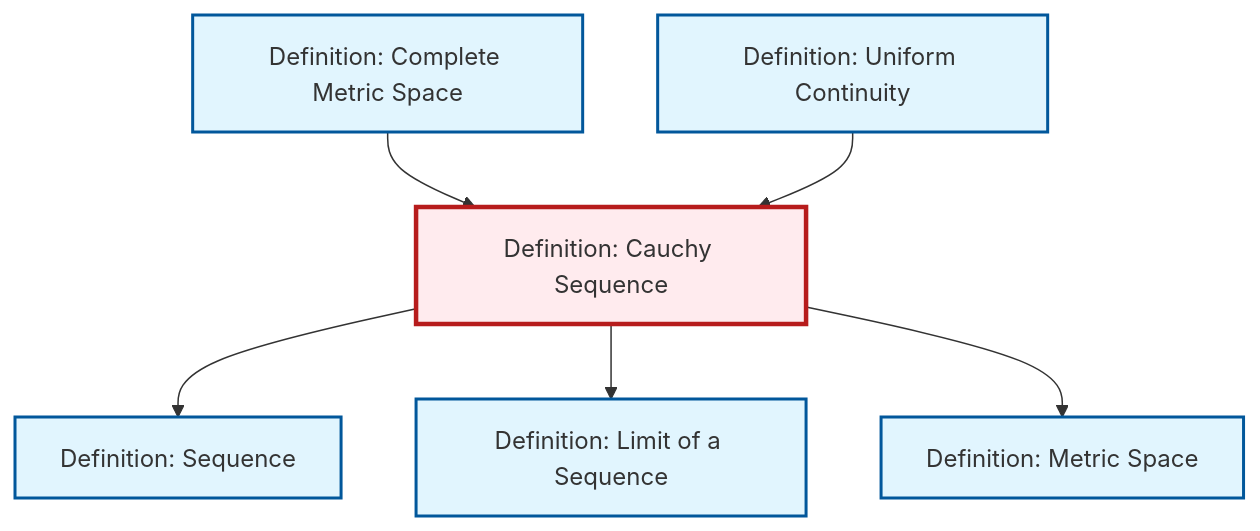
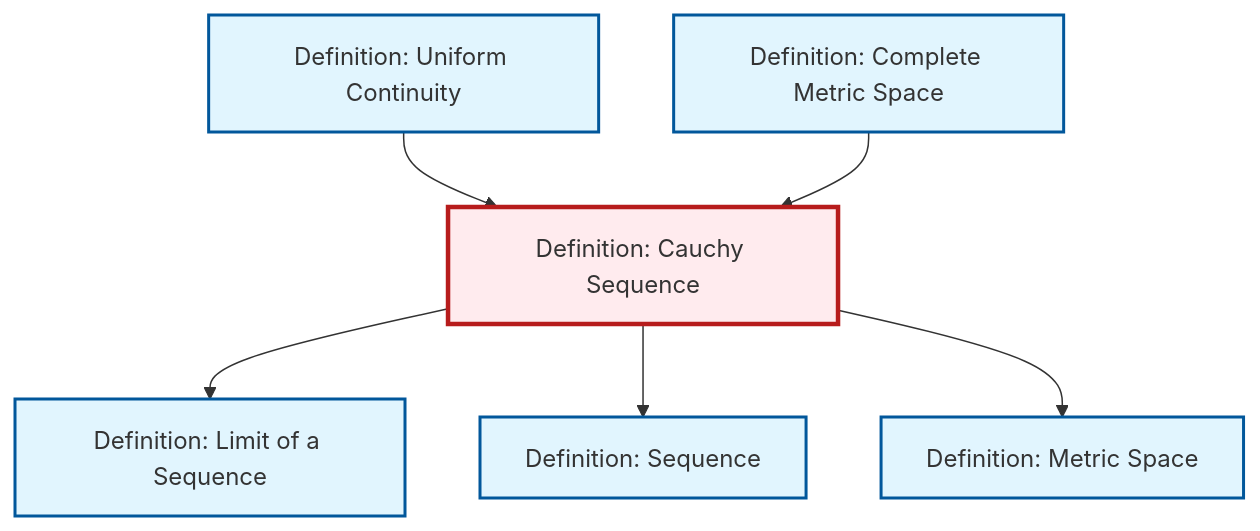
Before and after one commit to RK0429/ModernMath: the diagram in content/en/analysis/def-cauchy-sequence.qmd, drawn with Mermaid. The commit also changed other lines of this file and 597 other files, not shown here.

````diff
--- a/content/en/analysis/def-cauchy-sequence.qmd
+++ b/content/en/analysis/def-cauchy-sequence.qmd
@@ -88,26 +88,26 @@
 ```{mermaid}
 %%| fig-cap: "Local dependency graph"
 graph TD
     classDef definition fill:#e1f5fe,stroke:#01579b,stroke-width:2px
     classDef theorem fill:#f3e5f5,stroke:#4a148c,stroke-width:2px
     classDef axiom fill:#fff3e0,stroke:#e65100,stroke-width:2px
     classDef example fill:#e8f5e9,stroke:#1b5e20,stroke-width:2px
     classDef current fill:#ffebee,stroke:#b71c1c,stroke-width:3px
+    def-complete-metric-space["Definition: Complete Metric Space"]:::definition
     def-uniform-continuity["Definition: Uniform Continuity"]:::definition
     def-metric-space["Definition: Metric Space"]:::definition
     def-cauchy-sequence["Definition: Cauchy Sequence"]:::definition
+    def-sequence["Definition: Sequence"]:::definition
     def-limit["Definition: Limit of a Sequence"]:::definition
-    def-sequence["Definition: Sequence"]:::definition
-    def-complete-metric-space["Definition: Complete Metric Space"]:::definition
+    def-uniform-continuity --> def-cauchy-sequence
+    def-complete-metric-space --> def-cauchy-sequence
+    def-cauchy-sequence --> def-limit
     def-cauchy-sequence --> def-sequence
-    def-cauchy-sequence --> def-limit
     def-cauchy-sequence --> def-metric-space
-    def-complete-metric-space --> def-cauchy-sequence
-    def-uniform-continuity --> def-cauchy-sequence
     class def-cauchy-sequence current
+    click def-complete-metric-space "def-complete-metric-space.html" "Go to Complete Metric Space definition"
     click def-uniform-continuity "def-uniform-continuity.html" "Go to Uniform Continuity definition"
     click def-metric-space "def-metric-space.html" "Go to Metric Space definition"
+    click def-sequence "def-sequence.html" "Go to Sequence definition"
     click def-limit "def-limit.html" "Go to Limit of a Sequence definition"
-    click def-sequence "def-sequence.html" "Go to Sequence definition"
-    click def-complete-metric-space "def-complete-metric-space.html" "Go to Complete Metric Space definition"
 ```
````
